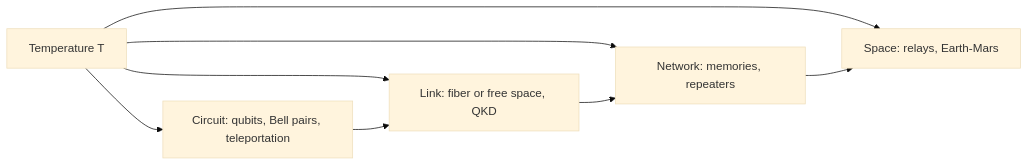
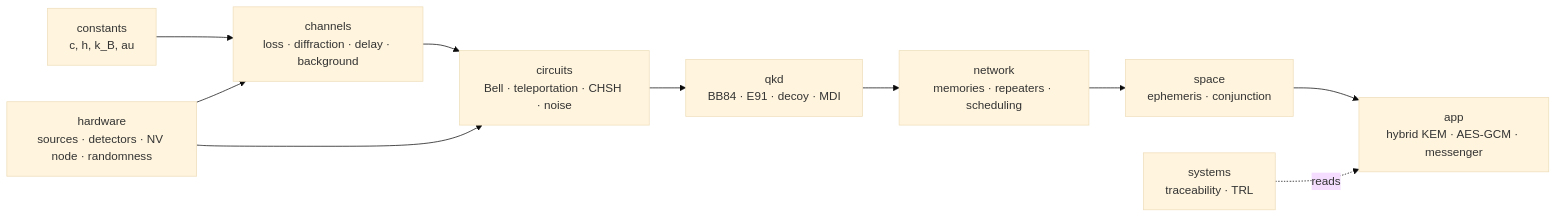
Before and after one commit to Normansrule/quantum-link-research: the second of 2 diagrams in README.md, drawn with Mermaid (base theme). The commit also changed other lines of this file and 20 other files, not shown here.

````diff
--- a/README.md
+++ b/README.md
@@ -9,8 +226,12 @@
 ```mermaid
 flowchart LR
-  T[Temperature T] --> C[Circuit: qubits, Bell pairs, teleportation]
-  T --> L[Link: fiber or free space, QKD]
-  T --> N[Network: memories, repeaters]
-  T --> S[Space: relays, Earth-Mars]
-  C --> L --> N --> S
+  K[constants<br/>c, h, k_B, au] --> CH[channels<br/>loss · diffraction · delay · background]
+  CH --> CI[circuits<br/>Bell · teleportation · CHSH · noise]
+  CI --> Q[qkd<br/>BB84 · E91 · decoy · MDI]
+  Q --> N[network<br/>memories · repeaters · scheduling]
+  N --> S[space<br/>ephemeris · conjunction]
+  S --> A[app<br/>hybrid KEM · AES-GCM · messenger]
+  HW[hardware<br/>sources · detectors · NV node · randomness] --> CI
+  HW --> CH
+  SYS[systems<br/>traceability · TRL] -.reads.-> A
 ```
````
